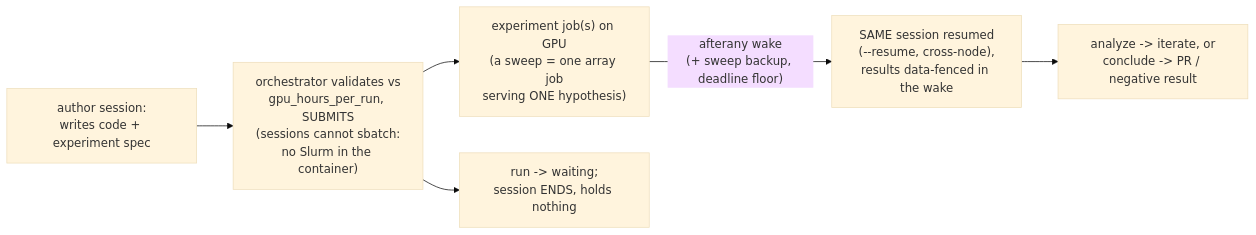
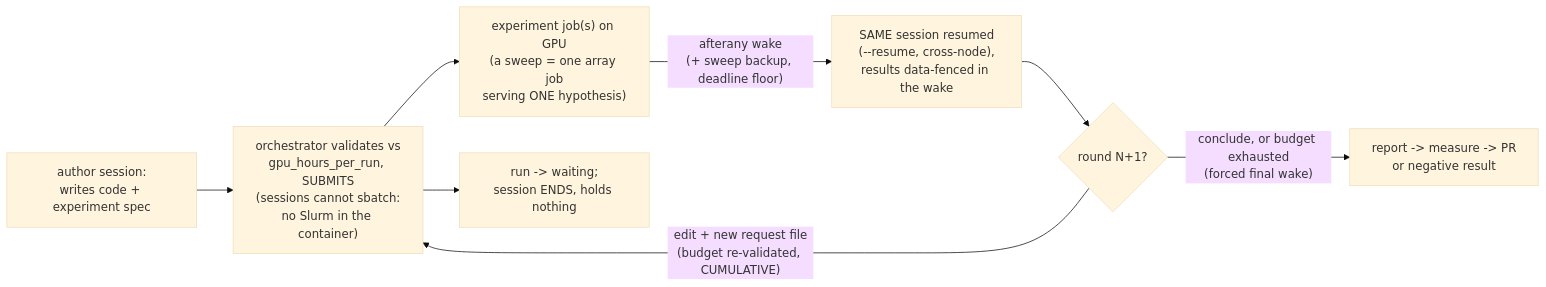
One commit to outerloop-science/outerloop changed the second of 4 diagrams in docs/design/roles.md. Above: the diagram before and after it, drawn with Mermaid (base theme). The commit also changed other lines of this file, not shown here.

First line of the commit message:
roles.md: draw the multi-round loop explicitly

````diff
--- a/docs/design/roles.md
+++ b/docs/design/roles.md
@@ -87,8 +87,10 @@
 ```mermaid
 flowchart LR
     A["author session:<br/>writes code + experiment spec"] --> O["orchestrator validates vs<br/>gpu_hours_per_run, SUBMITS<br/>(sessions cannot sbatch:<br/>no Slurm in the container)"]
     O --> X["experiment job(s) on GPU<br/>(a sweep = one array job<br/>serving ONE hypothesis)"]
     O --> WT["run -> waiting;<br/>session ENDS, holds nothing"]
     X -->|"afterany wake<br/>(+ sweep backup, deadline floor)"| RES["SAME session resumed<br/>(--resume, cross-node),<br/>results data-fenced in the wake"]
-    RES --> NEXT["analyze -> iterate, or<br/>conclude -> PR / negative result"]
+    RES --> NEXT{"round N+1?"}
+    NEXT -->|"edit + new request file<br/>(budget re-validated, CUMULATIVE)"| O
+    NEXT -->|"conclude, or budget exhausted<br/>(forced final wake)"| DONE["report -> measure -> PR<br/>or negative result"]
 ```
````
